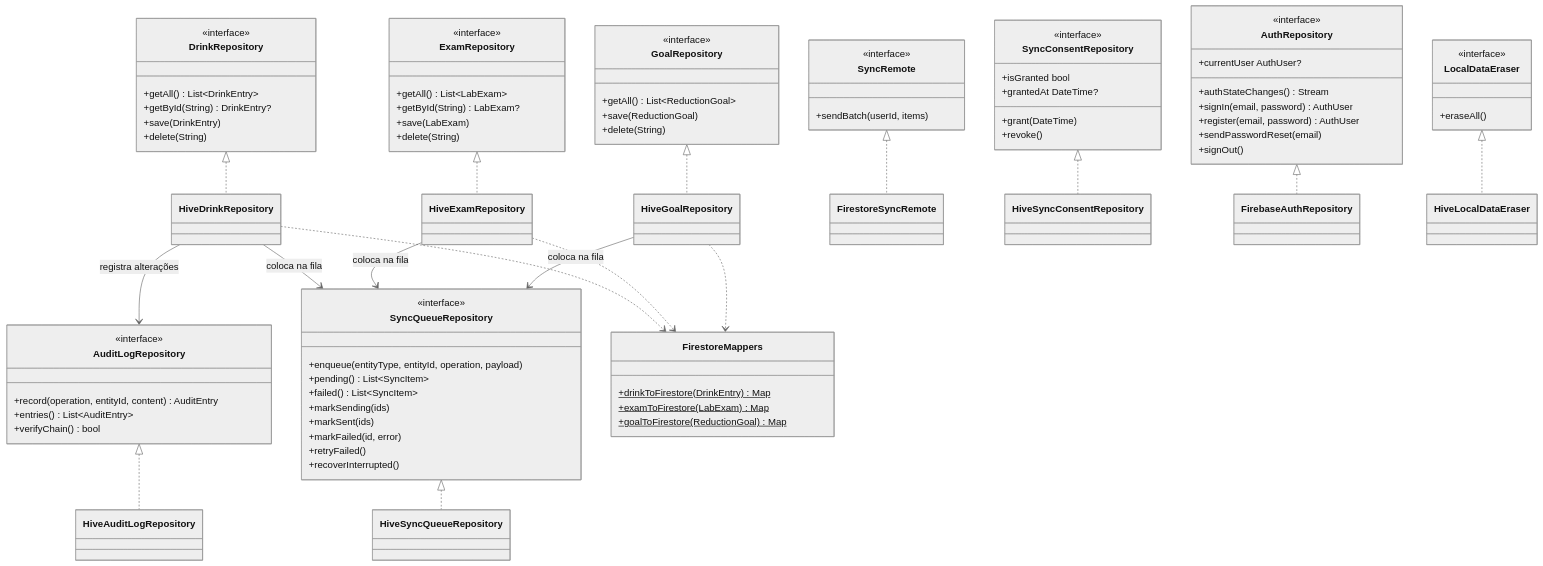
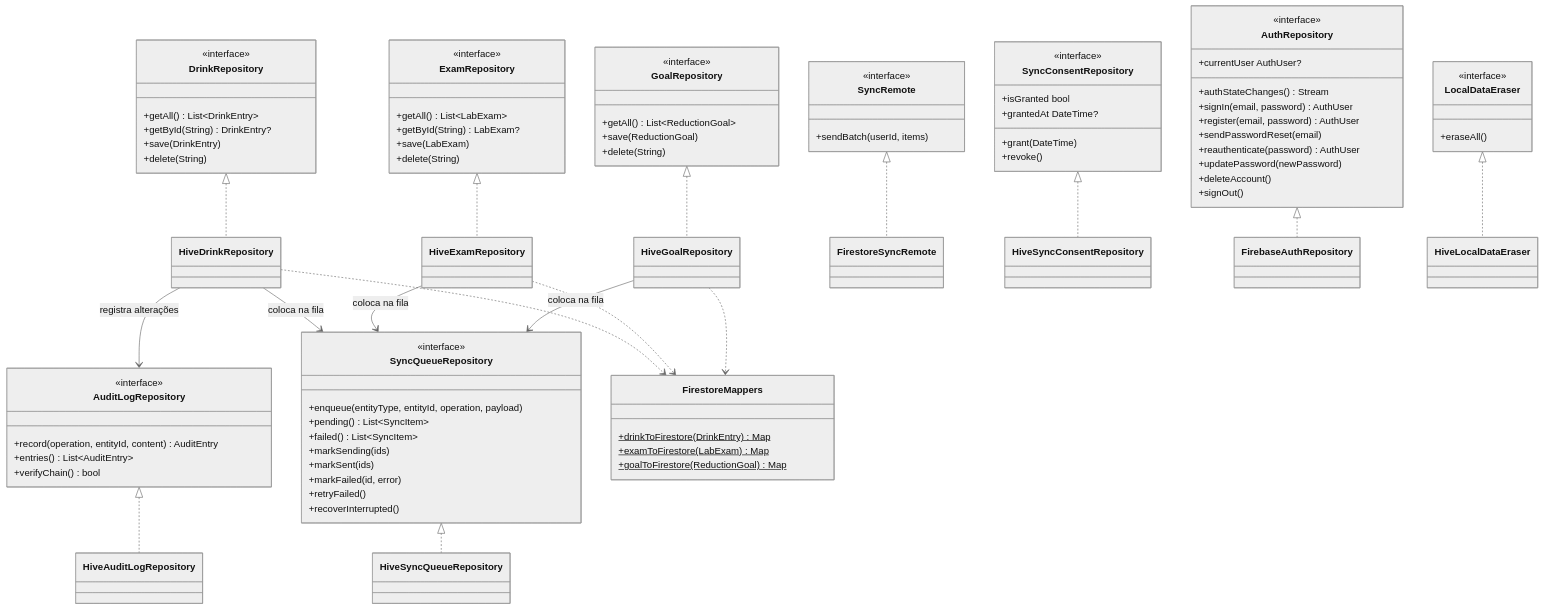
One commit to wiliafsilva/hepatocheck changed the second of 4 diagrams in docs/diagrama-de-classes.md. Above: the diagram before and after it, drawn with Mermaid (neutral theme). The commit also changed other lines of this file and 6 other files, not shown here.

Commit message:
docs: refinamento da semana 4 no fluxo, diagrama de classes, arquitetura, Firestore, justificativas, escopo e requisitos

```diff
--- a/docs/diagrama-de-classes.md
+++ b/docs/diagrama-de-classes.md
@@ -265,6 +265,9 @@
         +signIn(email, password) AuthUser
         +register(email, password) AuthUser
         +sendPasswordReset(email)
+        +reauthenticate(password) AuthUser
+        +updatePassword(newPassword)
+        +deleteAccount()
         +signOut()
     }
     class LocalDataEraser {
```
